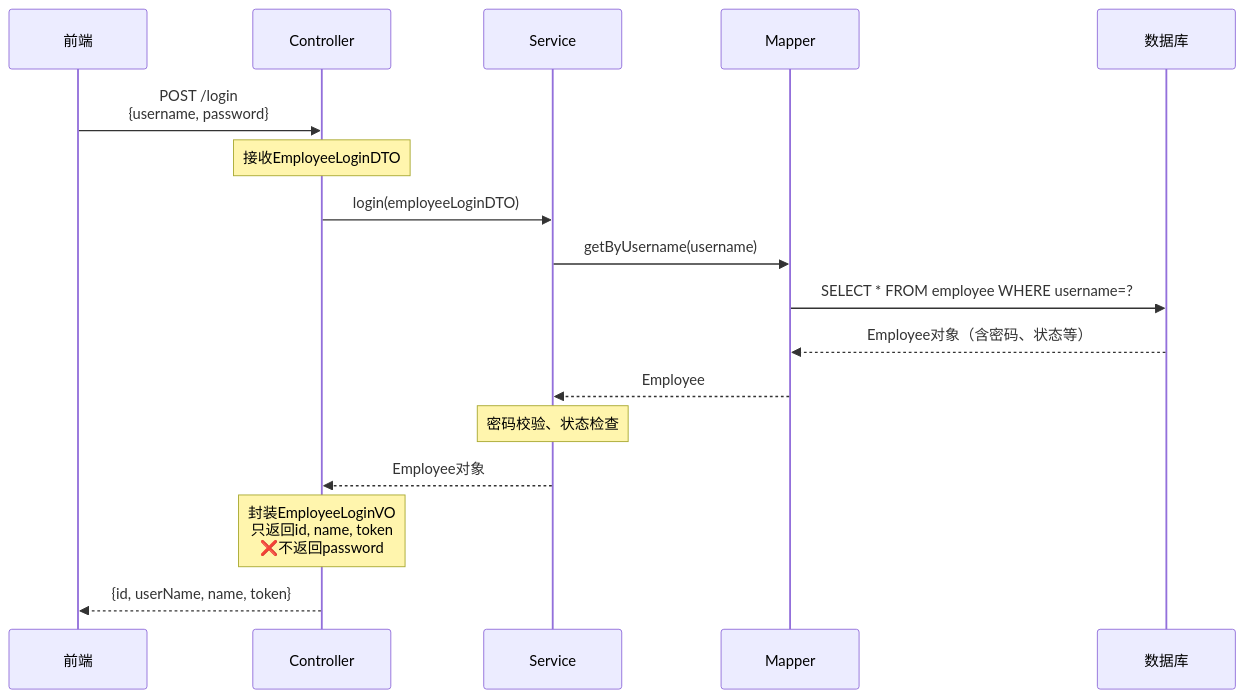
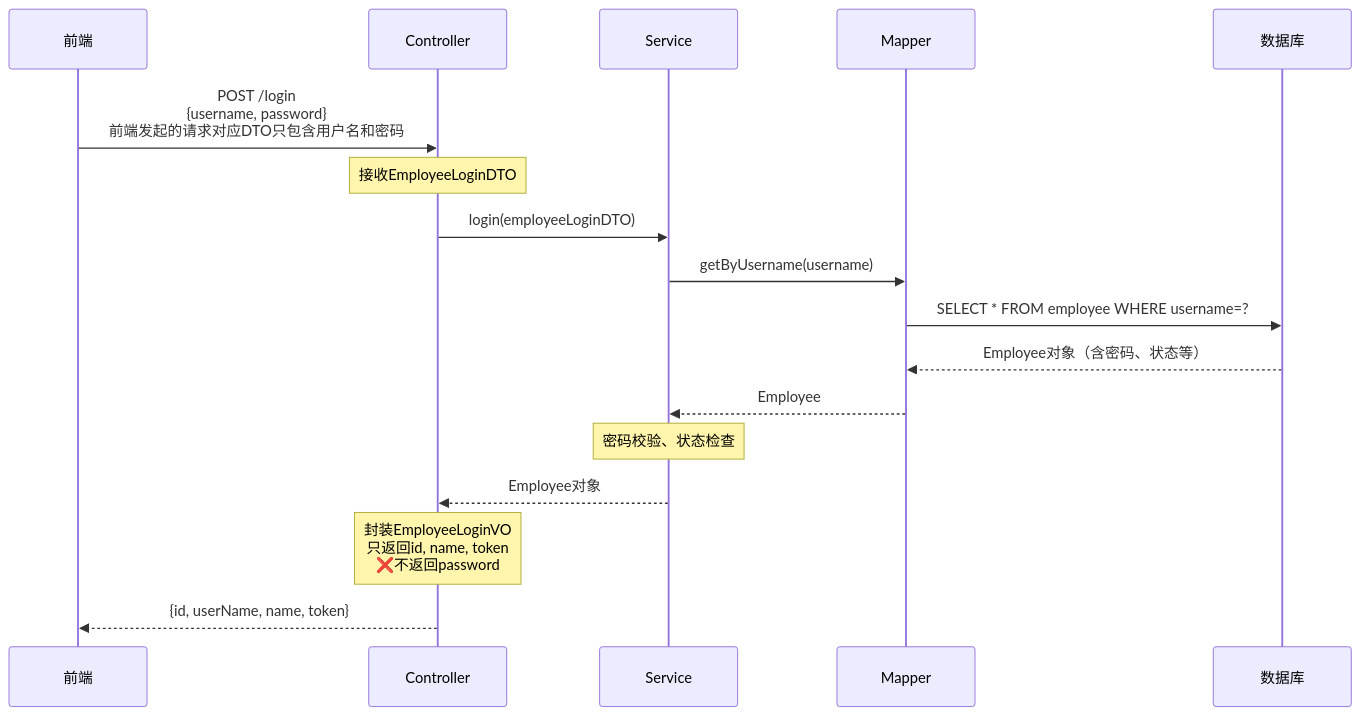
The second of 4 diagrams in source/_posts/DTO-VO-Entity 设计模式.md (Lin-sist/Lin-sist.github.io), drawn with Mermaid before and after one commit. The commit also changed other lines of this file and 37 other files, not shown here.

````diff
--- a/source/_posts/DTO-VO-Entity 设计模式.md
+++ b/source/_posts/DTO-VO-Entity 设计模式.md
@@ -41,20 +41,20 @@
 ```mermaid
 sequenceDiagram
     participant F as 前端
     participant C as Controller
     participant S as Service
     participant M as Mapper
     participant DB as 数据库
 
-    F->>C: POST /login<br/>{username, password}
+    F->>C: POST /login<br/>{username, password}<br/>前端发起的请求对应DTO只包含用户名和密码
     Note over C: 接收EmployeeLoginDTO
     C->>S: login(employeeLoginDTO)
     S->>M: getByUsername(username)
     M->>DB: SELECT * FROM employee WHERE username=?
     DB-->>M: Employee对象（含密码、状态等）
     M-->>S: Employee
     Note over S: 密码校验、状态检查
     S-->>C: Employee对象
     Note over C: 封装EmployeeLoginVO<br/>只返回id, name, token<br/>❌不返回password
     C-->>F: {id, userName, name, token}
 ```
````
